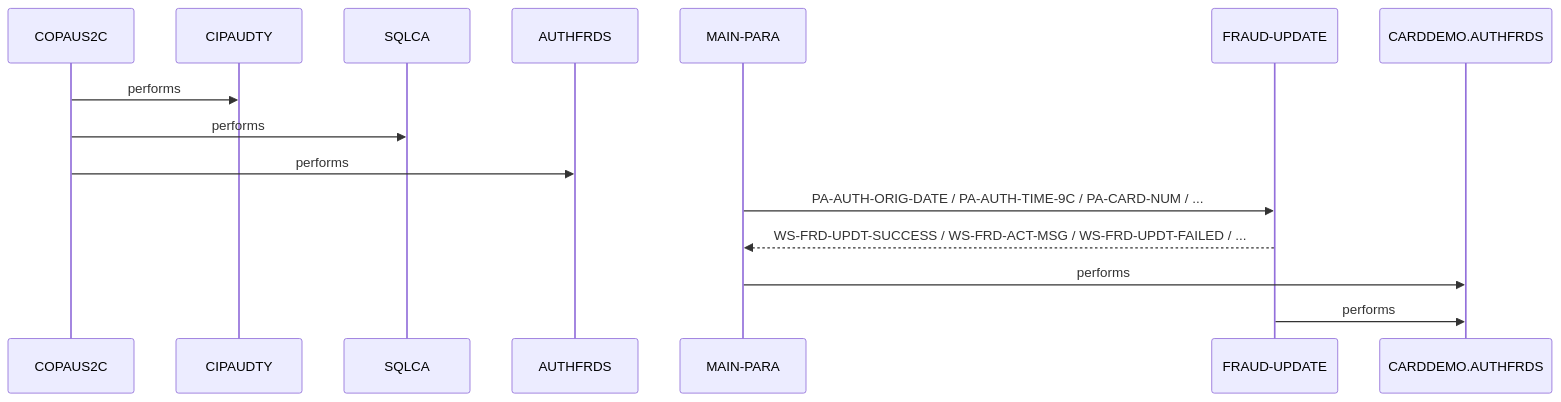
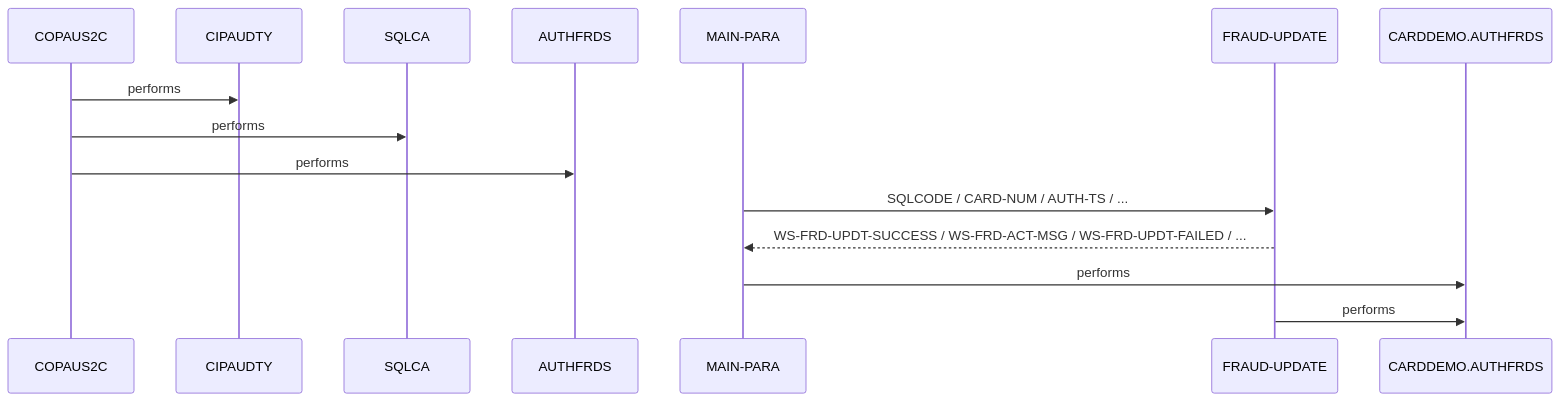
Before and after one commit to andrasfe/war_rig: the second of 2 diagrams in example_output/cbl/COPAUS2C.cbl.md, drawn with Mermaid. The commit also changed other lines of this file and 283 other files, not shown here.

````diff
--- a/example_output/cbl/COPAUS2C.cbl.md
+++ b/example_output/cbl/COPAUS2C.cbl.md
@@ -180,17 +141,17 @@
 ```mermaid
 sequenceDiagram
     participant COPAUS2C as COPAUS2C
     participant CIPAUDTY as CIPAUDTY
     participant SQLCA as SQLCA
     participant AUTHFRDS as AUTHFRDS
     participant MAIN_PARA as MAIN-PARA
     participant FRAUD_UPDATE as FRAUD-UPDATE
     participant CARDDEMO_AUTHFRDS as CARDDEMO.AUTHFRDS
     COPAUS2C->>CIPAUDTY: performs
     COPAUS2C->>SQLCA: performs
     COPAUS2C->>AUTHFRDS: performs
-    MAIN_PARA->>FRAUD_UPDATE: PA-AUTH-ORIG-DATE / PA-AUTH-TIME-9C / PA-CARD-NUM / ...
+    MAIN_PARA->>FRAUD_UPDATE: SQLCODE / CARD-NUM / AUTH-TS / ...
     FRAUD_UPDATE-->>MAIN_PARA: WS-FRD-UPDT-SUCCESS / WS-FRD-ACT-MSG / WS-FRD-UPDT-FAILED / ...
     MAIN_PARA->>CARDDEMO_AUTHFRDS: performs
     FRAUD_UPDATE->>CARDDEMO_AUTHFRDS: performs
 ```
````
